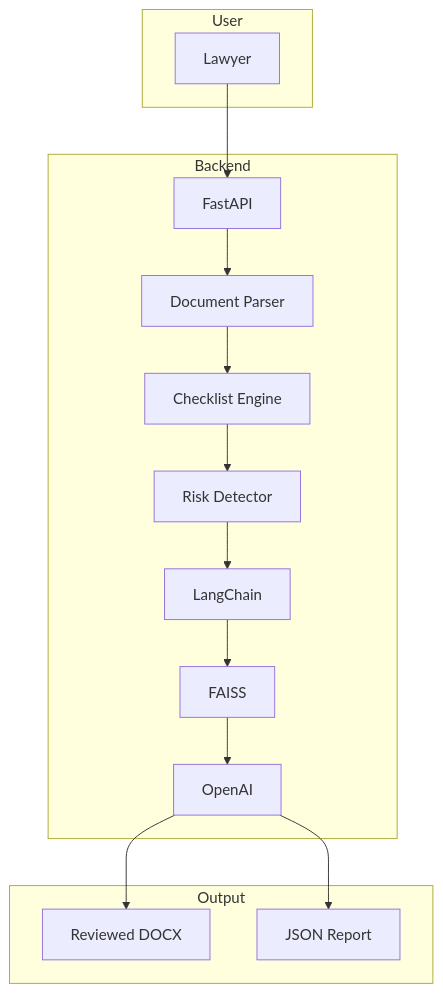
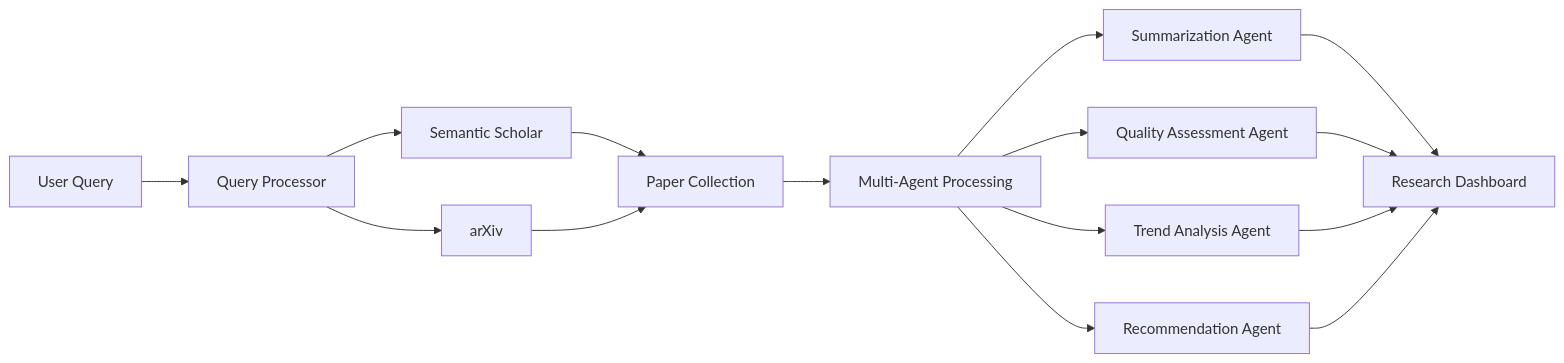
The first of 2 diagrams in README.md (vishwananth17/neuroai), drawn with Mermaid before and after one commit. The commit also changed other lines of this file, not shown here.

````diff
--- a/README.md
+++ b/README.md
@@ -208,53 +50,32 @@
 ```mermaid
-graph TB
+flowchart LR
 
-subgraph User
+A[User Query]
+-->B[Query Processor]
 
-A[Lawyer]
+B-->C[Semantic Scholar]
 
-end
+B-->D[arXiv]
 
-subgraph Backend
+C-->E[Paper Collection]
 
-B[FastAPI]
+D-->E
 
-C[Document Parser]
+E-->F[Multi-Agent Processing]
 
-D[Checklist Engine]
+F-->G[Summarization Agent]
 
-E[Risk Detector]
+F-->H[Quality Assessment Agent]
 
-F[LangChain]
+F-->I[Trend Analysis Agent]
 
-G[OpenAI]
+F-->J[Recommendation Agent]
 
-H[FAISS]
+G-->K[Research Dashboard]
 
-end
+H-->K
 
-subgraph Output
+I-->K
 
-I[Reviewed DOCX]
-
-J[JSON Report]
-
-end
-
-A --> B
-
-B --> C
-
-C --> D
-
-D --> E
-
-E --> F
-
-F --> H
-
-H --> G
-
-G --> I
-
-G --> J
+J-->K
 ```
````
